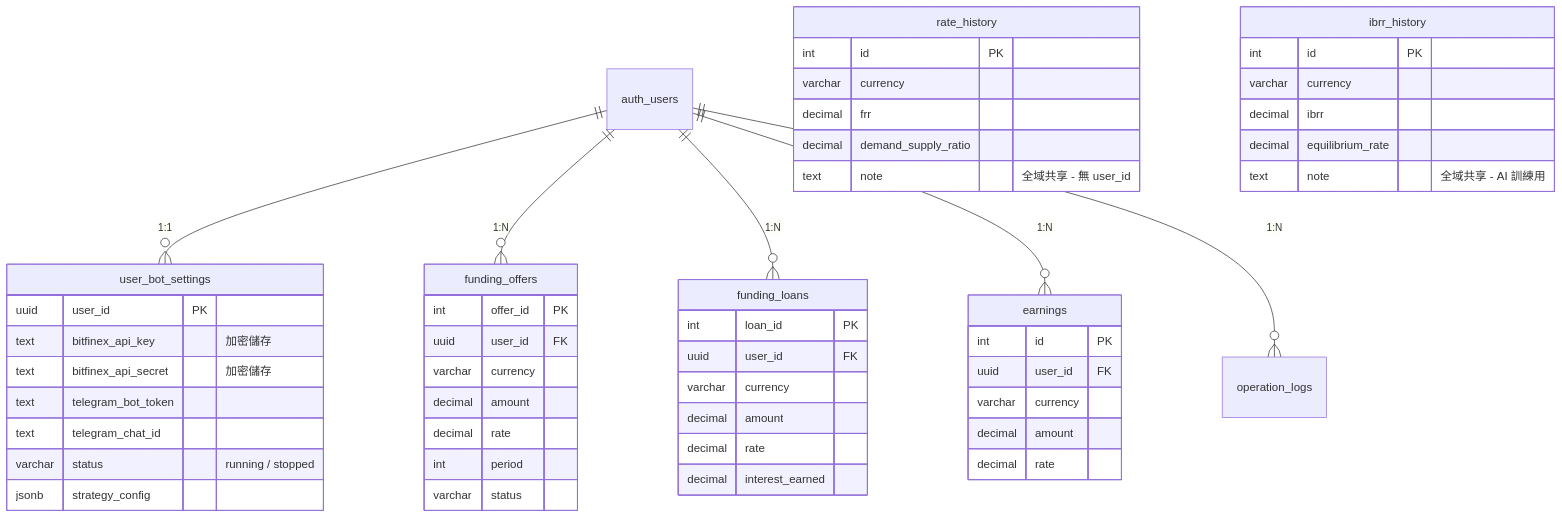
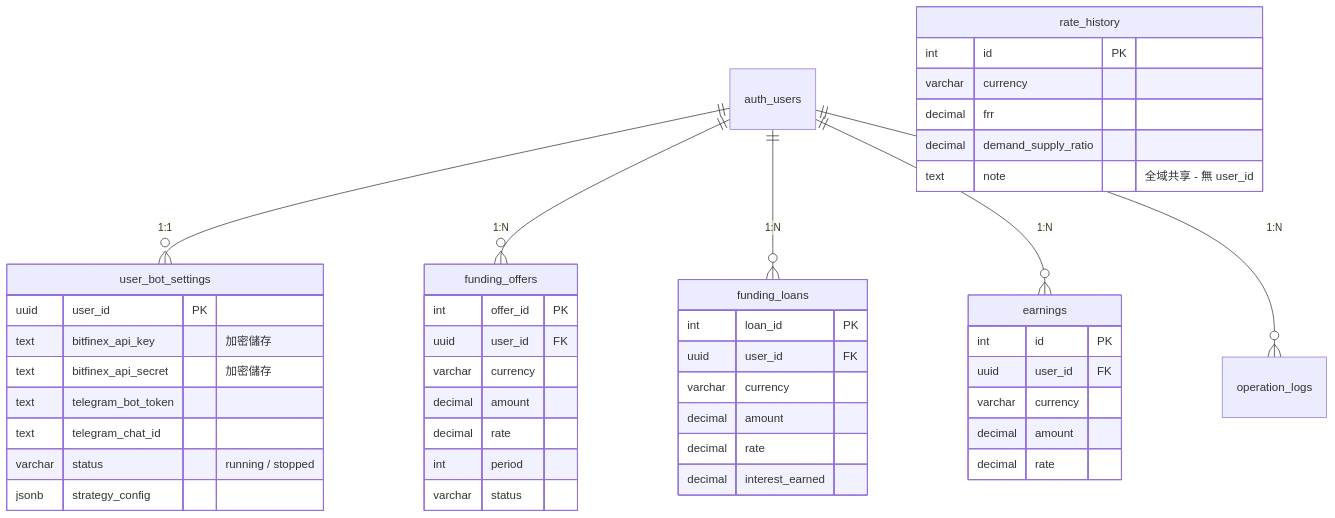
One commit to ian32253188/Lending-bot changed the third of 4 diagrams in README.md. Above: the diagram before and after it, drawn with Mermaid. The commit also changed other lines of this file and 14 other files, not shown here.

Commit message:
chore: reduce database log IO and remove IBRR history

````diff
--- a/README.md
+++ b/README.md
@@ -170,61 +170,54 @@
 ```mermaid
 erDiagram
     auth_users ||--o{ user_bot_settings : "1:1"
     auth_users ||--o{ funding_offers : "1:N"
     auth_users ||--o{ funding_loans : "1:N"
     auth_users ||--o{ earnings : "1:N"
     auth_users ||--o{ operation_logs : "1:N"
 
     user_bot_settings {
         uuid user_id PK
         text bitfinex_api_key "加密儲存"
         text bitfinex_api_secret "加密儲存"
         text telegram_bot_token
         text telegram_chat_id
         varchar status "running / stopped"
         jsonb strategy_config
     }
 
     funding_offers {
         int offer_id PK
         uuid user_id FK
         varchar currency
         decimal amount
         decimal rate
         int period
         varchar status
     }
 
     funding_loans {
         int loan_id PK
         uuid user_id FK
         varchar currency
         decimal amount
         decimal rate
         decimal interest_earned
     }
 
     earnings {
         int id PK
         uuid user_id FK
         varchar currency
         decimal amount
         decimal rate
     }
 
     rate_history {
         int id PK
         varchar currency
         decimal frr
         decimal demand_supply_ratio
         text note "全域共享 - 無 user_id"
     }
 
-    ibrr_history {
-        int id PK
-        varchar currency
-        decimal ibrr
-        decimal equilibrium_rate
-        text note "全域共享 - AI 訓練用"
-    }
 ```
````
